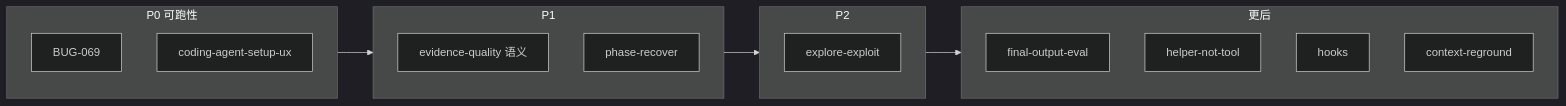
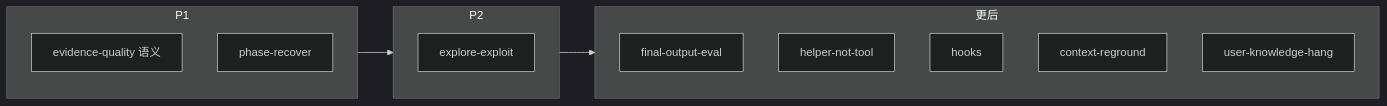
The fifth of 5 diagrams in _backlog/todos/README.md (ethan-jiang-1/ai_tool_deepresearch), drawn with Mermaid (dark theme) before and after one commit. The commit also changed other lines of this file and 8 other files, not shown here.

````diff
--- a/_backlog/todos/README.md
+++ b/_backlog/todos/README.md
@@ -110,21 +117,18 @@
 ```mermaid
 flowchart LR
-  subgraph P0["P0 可跑性"]
-    B["BUG-069"]
-    U["coding-agent-setup-ux"]
-  end
   subgraph P1["P1"]
     Q["evidence-quality 语义"]
     R["phase-recover"]
   end
   subgraph P2["P2"]
     X["explore-exploit"]
   end
   subgraph LATER["更后"]
     F["final-output-eval"]
     H["helper-not-tool"]
     HK["hooks"]
     C["context-reground"]
+    K["user-knowledge-hang"]
   end
-  P0 --> P1 --> P2 --> LATER
+  P1 --> P2 --> LATER
 ```
````
